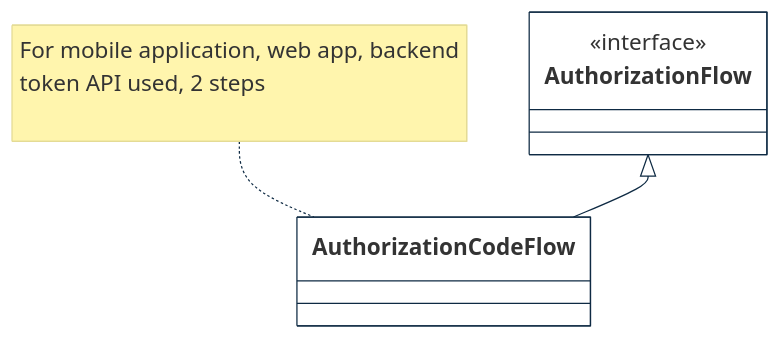
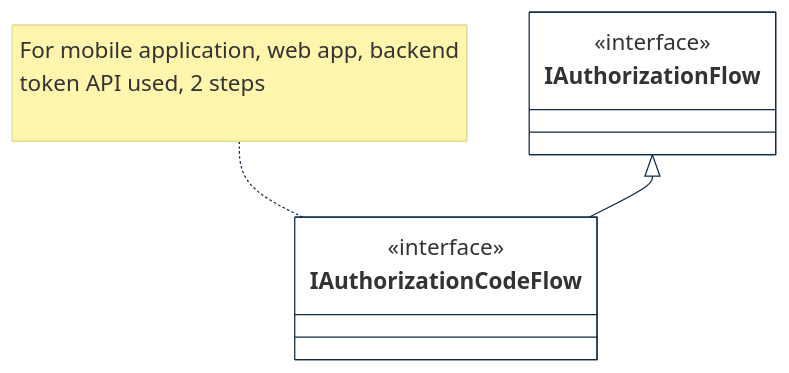
Before and after one commit to cybnity/domain-access-control: the first of 2 diagrams in docs/implementation-view/information-flow-enforcement.md, drawn with Mermaid. The commit also changed other lines of this file and 6 other files, not shown here.

Commit message:
AC-4 information flow enforcement source codes

````diff
--- a/docs/implementation-view/information-flow-enforcement.md
+++ b/docs/implementation-view/information-flow-enforcement.md
@@ -14,32 +14,33 @@
 ```mermaid
 %%{
   init: {
     'theme': 'base',
     'themeVariables': {
         'background': '#ffffff',
         'fontFamily': 'arial',
         'fontSize': '18px',
         'primaryColor': '#fff',
         'primaryBorderColor': '#0e2a43',
         'secondaryBorderColor': '#0e2a43',
         'tertiaryBorderColor': '#0e2a43',
         'edgeLabelBackground':'#0e2a43',
         'lineColor': '#0e2a43',
         'tertiaryColor': '#fff'
     },
     'sequence': {
 		'mirrorActors': false
     }
   }
 }%%
 
 classDiagram
-  AuthorizationFlow <|-- AuthorizationCodeFlow
-  note for AuthorizationCodeFlow "For mobile application, web app, backend<br>token API used, 2 steps<br><br>"
-  class AuthorizationFlow {
+  IAuthorizationFlow <|-- IAuthorizationCodeFlow
+  note for IAuthorizationCodeFlow "For mobile application, web app, backend<br>token API used, 2 steps<br><br>"
+  class IAuthorizationFlow {
 	<<interface>>
   }
-  class AuthorizationCodeFlow {
+  class IAuthorizationCodeFlow {
+    <<interface>>
   }
 
 ```
````
